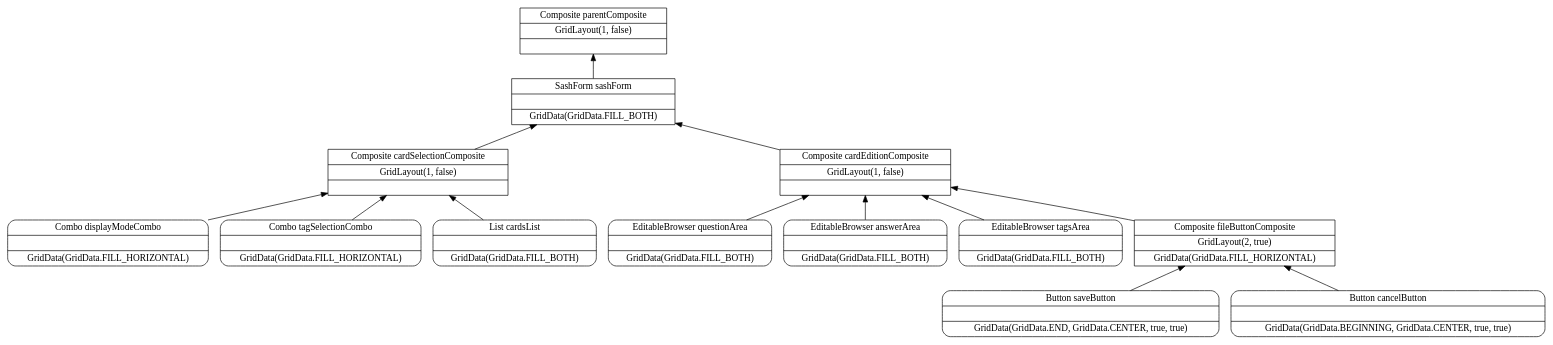
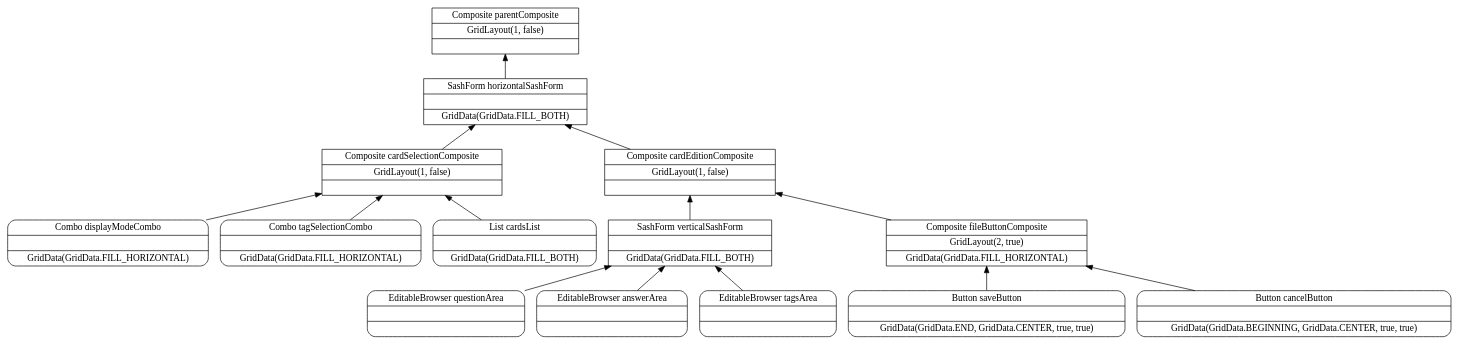
One commit to jeremiedecock/opencal-java changed the diagram in doc/widgets_hierarchy_and_layouts/ExplorerTab.dot. Above: the diagram before and after it, drawn with Graphviz. The commit also changed 5 other files, not shown here.

Commit message:
Add (vertical) SashForm into MakerTab and ExplorerTab

```diff
--- a/doc/widgets_hierarchy_and_layouts/ExplorerTab.dot
+++ b/doc/widgets_hierarchy_and_layouts/ExplorerTab.dot
@@ -1,32 +1,34 @@
 digraph ReviewerTab {
     rankdir = BT;
 
     node [shape = record];
 
     pc [ label = "{Composite parentComposite|GridLayout(1, false)|}" ];
-    sf [ label = "{SashForm sashForm||GridData(GridData.FILL_BOTH)}" ];
+    sh [ label = "{SashForm horizontalSashForm||GridData(GridData.FILL_BOTH)}" ];
     cs [ label = "{Composite cardSelectionComposite|GridLayout(1, false)|}" ];
-    ce [ label = "{Composite cardEditionComposite|GridLayout(1, false)|}" ];
     cm [ shape = Mrecord, label = "{Combo displayModeCombo||GridData(GridData.FILL_HORIZONTAL)}" ];
     ct [ shape = Mrecord, label = "{Combo tagSelectionCombo||GridData(GridData.FILL_HORIZONTAL)}" ];
     lc [ shape = Mrecord, label = "{List cardsList||GridData(GridData.FILL_BOTH)}" ];
-    aq [ shape = Mrecord, label = "{EditableBrowser questionArea||GridData(GridData.FILL_BOTH)}" ];
-    aa [ shape = Mrecord, label = "{EditableBrowser answerArea||GridData(GridData.FILL_BOTH)}" ];
-    at [ shape = Mrecord, label = "{EditableBrowser tagsArea||GridData(GridData.FILL_BOTH)}" ];
+    ce [ label = "{Composite cardEditionComposite|GridLayout(1, false)|}" ];
+    sv [ label = "{SashForm verticalSashForm||GridData(GridData.FILL_BOTH)}" ];
+    aq [ shape = Mrecord, label = "{EditableBrowser questionArea||}" ];
+    aa [ shape = Mrecord, label = "{EditableBrowser answerArea||}" ];
+    at [ shape = Mrecord, label = "{EditableBrowser tagsArea||}" ];
     cf [ label = "{Composite fileButtonComposite|GridLayout(2, true)|GridData(GridData.FILL_HORIZONTAL)}" ];
     bs [ shape = Mrecord, label = "{Button saveButton||GridData(GridData.END, GridData.CENTER, true, true)}" ];
     bc [ shape = Mrecord, label = "{Button cancelButton||GridData(GridData.BEGINNING, GridData.CENTER, true, true)}" ];
 
-    sf -> pc;
-    cs -> sf;
-    ce -> sf;
+    sh -> pc;
+    cs -> sh;
     cm -> cs;
     ct -> cs;
     lc -> cs;
-    aq -> ce;
-    aa -> ce;
-    at -> ce;
+    ce -> sh;
+    sv -> ce;
+    aq -> sv;
+    aa -> sv;
+    at -> sv;
     cf -> ce;
     bs -> cf;
     bc -> cf;
 }
```
